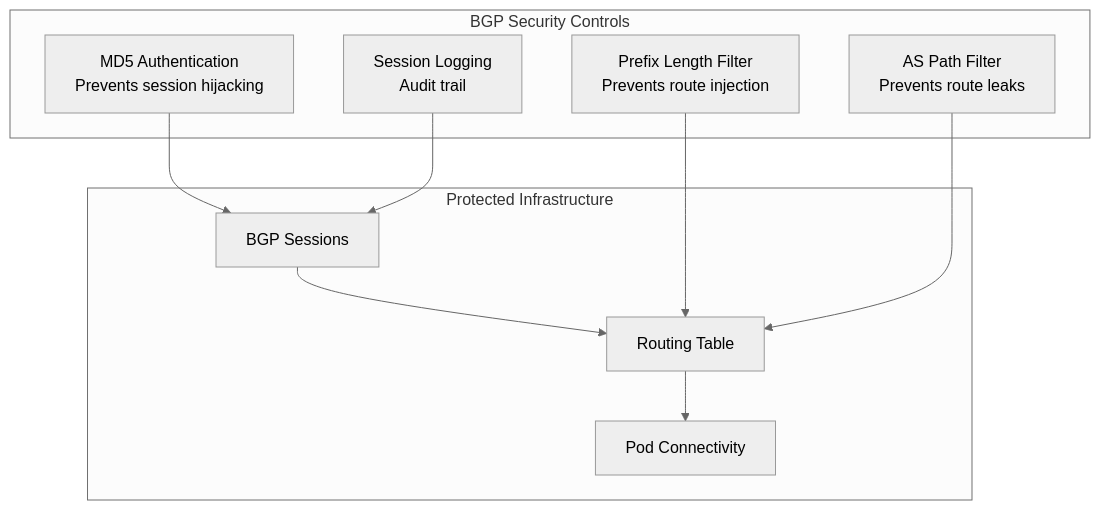
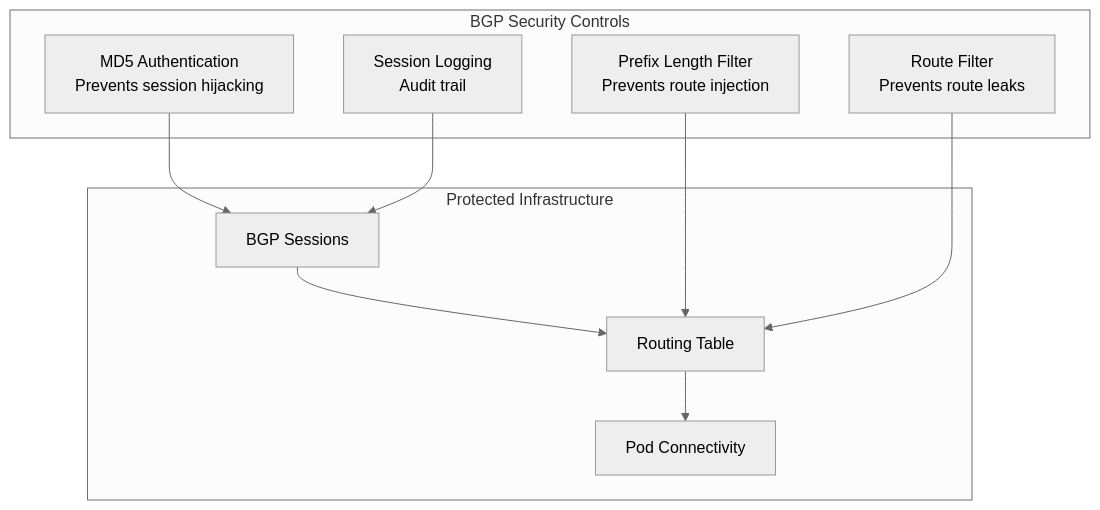
One commit to OneUptime/blog changed the diagram in posts/2026-03-13-troubleshoot-bgp-security-designs-calico/README.md. Above: the diagram before and after it, drawn with Mermaid (neutral theme). The commit also changed other lines of this file and 2 other files, not shown here.

````diff
--- a/posts/2026-03-13-troubleshoot-bgp-security-designs-calico/README.md
+++ b/posts/2026-03-13-troubleshoot-bgp-security-designs-calico/README.md
@@ -87,17 +116,17 @@
 ```mermaid
 graph TB
     subgraph BGP Security Controls
         L1[MD5 Authentication\nPrevents session hijacking]
         L2[Prefix Length Filter\nPrevents route injection]
-        L3[AS Path Filter\nPrevents route leaks]
+        L3[Route Filter\nPrevents route leaks]
         L4[Session Logging\nAudit trail]
     end
     subgraph Protected Infrastructure
         BGP_SESSION[BGP Sessions] --> ROUTING[Routing Table]
         ROUTING --> PODS[Pod Connectivity]
     end
     L1 --> BGP_SESSION
     L2 --> ROUTING
     L3 --> ROUTING
     L4 --> BGP_SESSION
 ```
````
